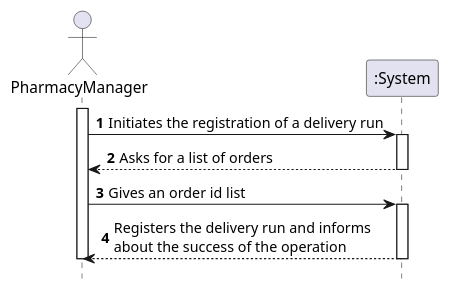
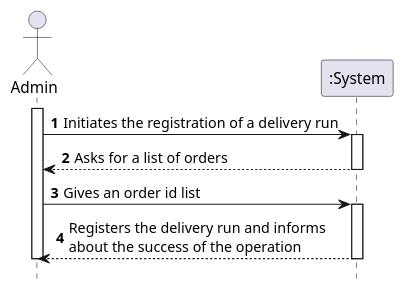
The diagram in docs/Iteration 3/Delivery Management/Refinement/US206_RegisterDeliveryRun/US206_SSD.puml (tiagoavcosta25/LAPR3), drawn with PlantUML before and after one commit. The commit also changed 32 other files, not shown here.

```diff
--- a/docs/Iteration 3/Delivery Management/Refinement/US206_RegisterDeliveryRun/US206_SSD.puml
+++ b/docs/Iteration 3/Delivery Management/Refinement/US206_RegisterDeliveryRun/US206_SSD.puml
@@ -1,31 +1,29 @@
 @startuml
 autonumber
 hide footbox
 
-actor "PharmacyManager" as U
+actor "Admin" as ADM
 
 participant ":System" as SYST
 
-activate U
+activate ADM
 
-U -> SYST : Initiates the registration of a delivery run
+ADM -> SYST : Initiates the registration of a delivery run
 activate SYST
 
-SYST --> U: Asks for a list of orders
+SYST --> ADM: Asks for a list of orders
 
 deactivate SYST
 
 
 
-U -> SYST : Gives an order id list
+ADM -> SYST : Gives an order id list
 activate SYST
 
 
-SYST --> U : Registers the delivery run and informs\nabout the success of the operation
+SYST --> ADM : Registers the delivery run and informs\nabout the success of the operation
 deactivate SYST
 
-
-
-deactivate U
+deactivate ADM
 
 @enduml
```
